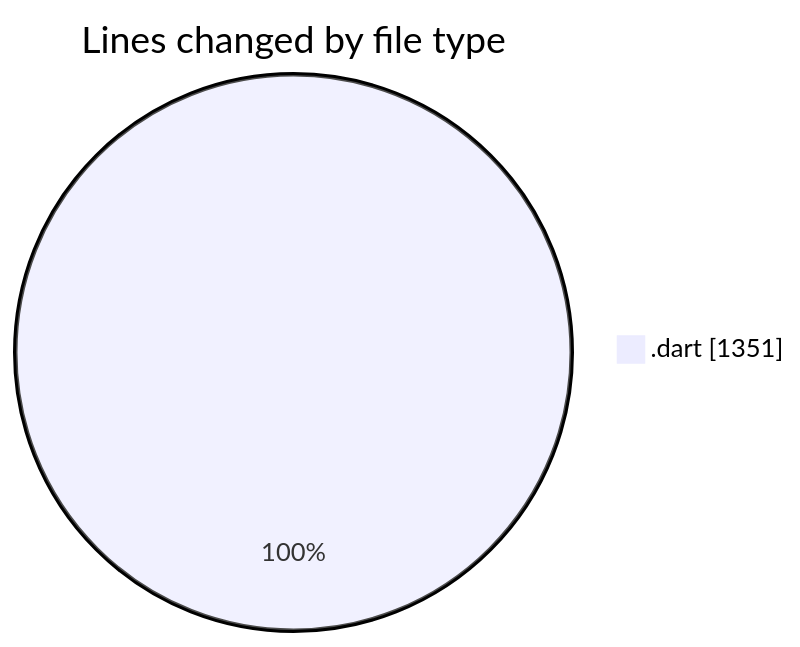
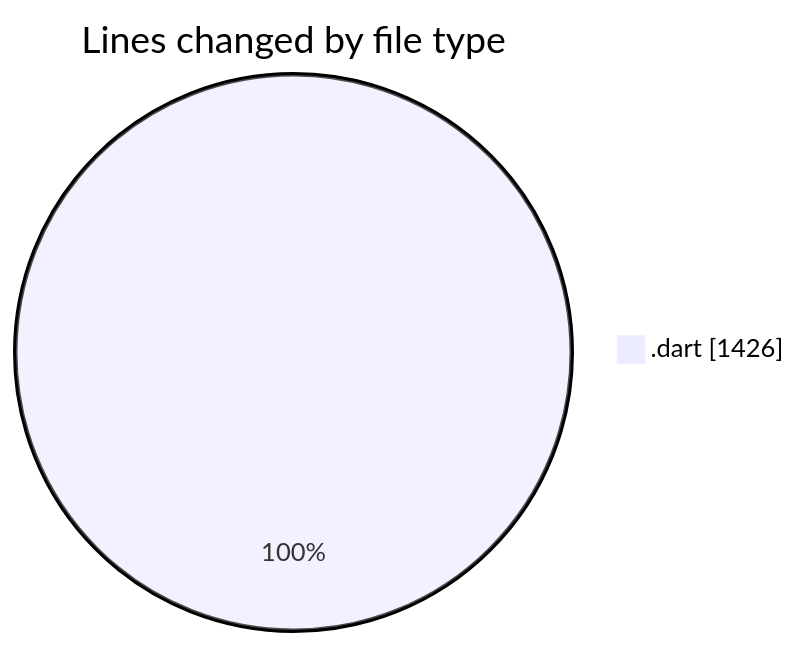
Before and after one commit to donsfak/code-tracking: the first of 2 diagrams in 2025-04-10/trackers_app/README.md, drawn with Mermaid. The commit also changed other lines of this file and 1 other file, not shown here.

````diff
--- a/2025-04-10/trackers_app/README.md
+++ b/2025-04-10/trackers_app/README.md
@@ -35,5 +35,5 @@
 ```mermaid
 pie showData
 title Lines changed by file type
-".dart" : 1351
+".dart" : 1426
 ```
````
